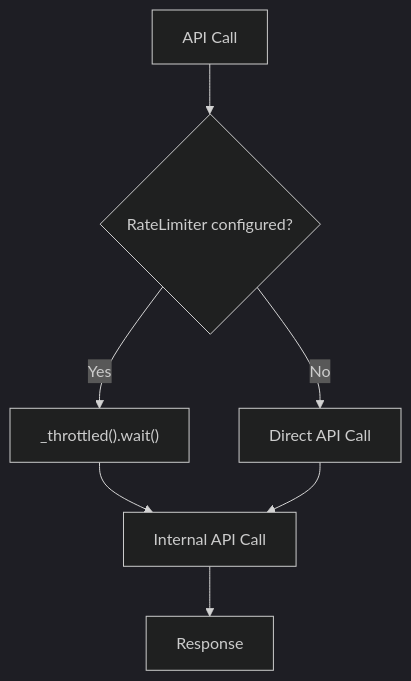
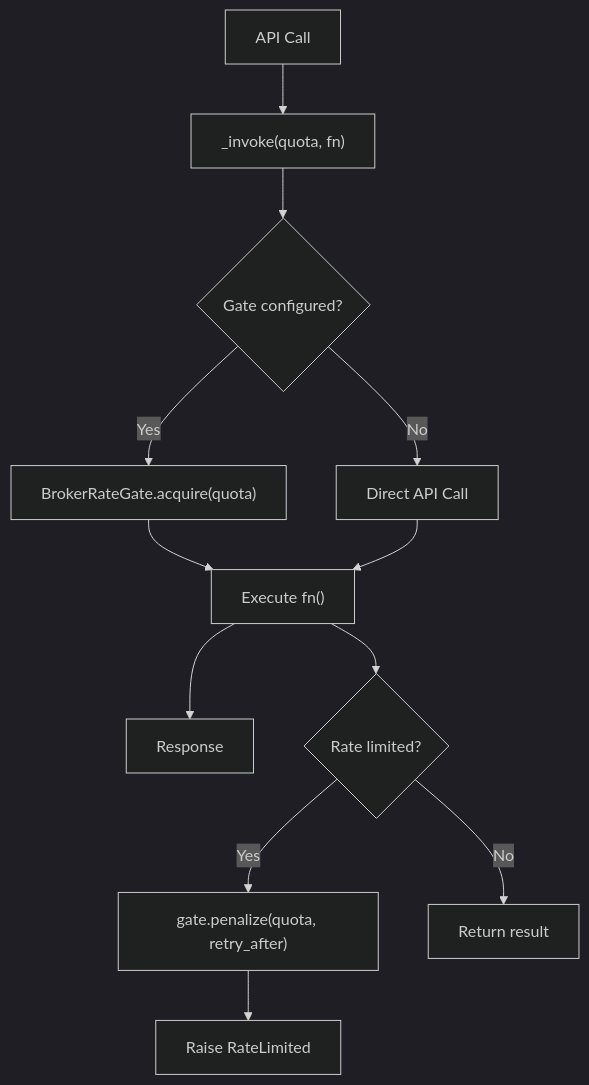
The tenth of 12 diagrams in .qoder/repowiki/en/content/Broker Integration/Transport Layer & Connectivity.md (Ganesh-Kusundal/nTrade), drawn with Mermaid (dark theme) before and after one commit. The commit also changed other lines of this file and 203 other files, not shown here.

First line of the commit message:
review findings sweep: depth retry, LTP failure guard, stale-refresh fix, rate-gate blocked heuristic

````diff
--- a/.qoder/repowiki/en/content/Broker Integration/Transport Layer & Connectivity.md
+++ b/.qoder/repowiki/en/content/Broker Integration/Transport Layer & Connectivity.md
@@ -547,9 +565,14 @@
 ```mermaid
 flowchart TD
-API_Call["API Call"] --> CheckLimiter{"RateLimiter configured?"}
-CheckLimiter --> |Yes| Throttle["_throttled().wait()"]
-CheckLimiter --> |No| DirectCall["Direct API Call"]
-Throttle --> API_Call_Internal["Internal API Call"]
-DirectCall --> API_Call_Internal
-API_Call_Internal --> Response["Response"]
+API_Call["API Call"] --> Invoke["_invoke(quota, fn)"]
+Invoke --> GateCheck{"Gate configured?"}
+GateCheck --> |Yes| GateAcquire["BrokerRateGate.acquire(quota)"]
+GateCheck --> |No| DirectCall["Direct API Call"]
+GateAcquire --> ExecuteFn["Execute fn()"]
+DirectCall --> ExecuteFn
+ExecuteFn --> Response["Response"]
+ExecuteFn --> RateLimit{"Rate limited?"}
+RateLimit --> |Yes| Penalize["gate.penalize(quota, retry_after)"]
+Penalize --> RaiseRL["Raise RateLimited"]
+RateLimit --> |No| Success["Return result"]
 ```
````
